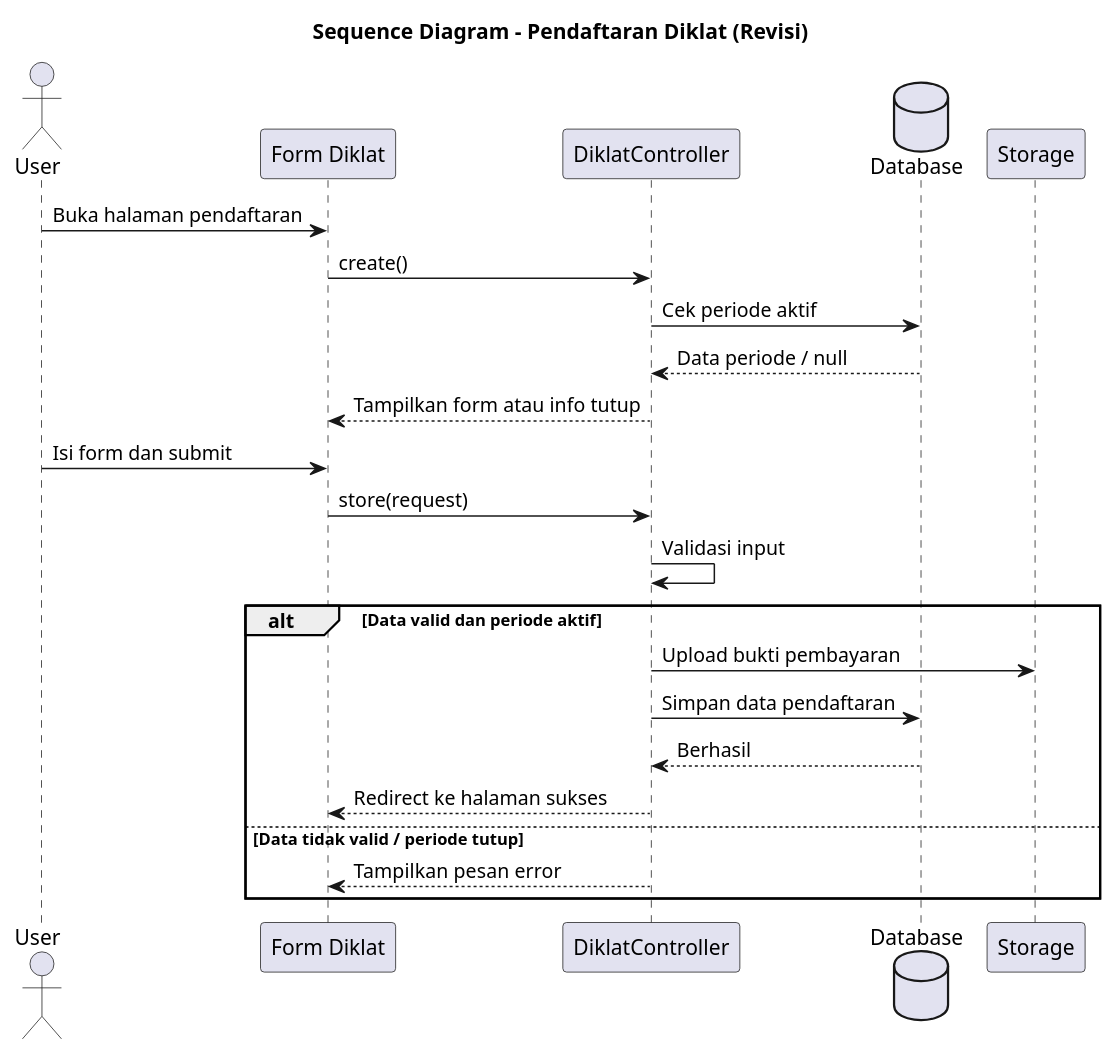
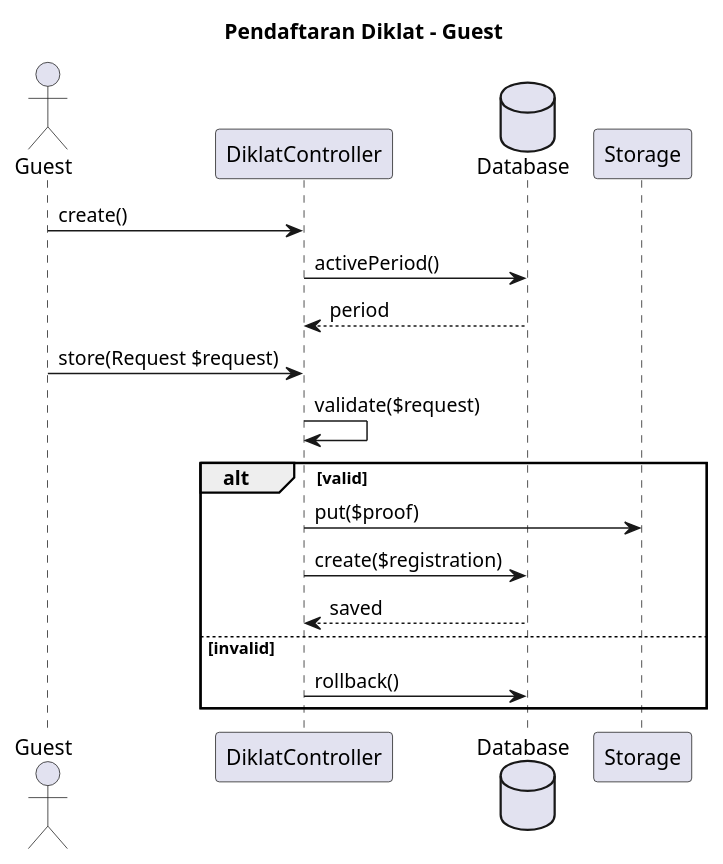
One commit to RizkyFahrizal/satpals-project changed the diagram in docs/sequence-diagrams/iterasi-2/01-pendaftaran-diklat-revisi-seq.puml. Above: the diagram before and after it, drawn with PlantUML. The commit also changed 40 other files, not shown here.

```diff
--- a/docs/sequence-diagrams/iterasi-2/01-pendaftaran-diklat-revisi-seq.puml
+++ b/docs/sequence-diagrams/iterasi-2/01-pendaftaran-diklat-revisi-seq.puml
@@ -1,30 +1,24 @@
-@startuml Diklat_Revisi_Sequence
+@startuml diklat-guest
+title Pendaftaran Diklat - Guest
 
-title Sequence Diagram - Pendaftaran Diklat (Revisi)
-
-actor User
-participant "Form Diklat" as Form
+actor Guest
 participant "DiklatController" as Controller
 database "Database" as DB
 participant "Storage" as Storage
 
-User -> Form: Buka halaman pendaftaran
-Form -> Controller: create()
-Controller -> DB: Cek periode aktif
-DB --> Controller: Data periode / null
-Controller --> Form: Tampilkan form atau info tutup
+Guest -> Controller: create()
+Controller -> DB: activePeriod()
+DB --> Controller: period
 
-User -> Form: Isi form dan submit
-Form -> Controller: store(request)
-Controller -> Controller: Validasi input
+Guest -> Controller: store(Request $request)
+Controller -> Controller: validate($request)
 
-alt Data valid dan periode aktif
-  Controller -> Storage: Upload bukti pembayaran
-  Controller -> DB: Simpan data pendaftaran
-  DB --> Controller: Berhasil
-  Controller --> Form: Redirect ke halaman sukses
-else Data tidak valid / periode tutup
-  Controller --> Form: Tampilkan pesan error
+alt valid
+  Controller -> Storage: put($proof)
+  Controller -> DB: create($registration)
+  DB --> Controller: saved
+else invalid
+  Controller -> DB: rollback()
 end
 
 @enduml
```
